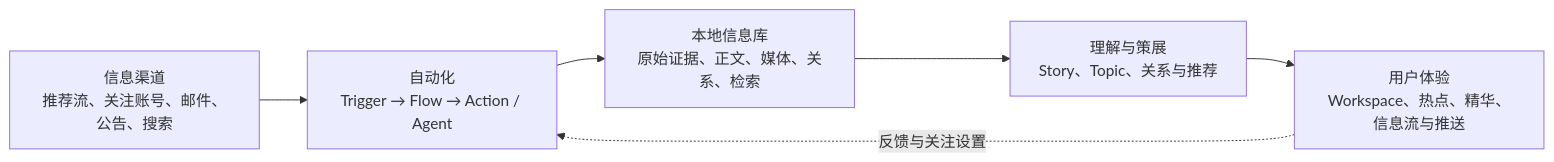
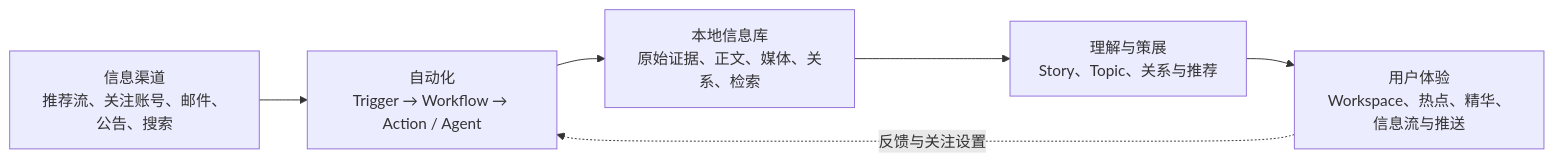
One commit to Otirik-handi/cosmos changed the diagram in README.md. Above: the diagram before and after it, drawn with Mermaid. The commit also changed other lines of this file and 12 other files, not shown here.

Commit message:
docs: complete workflow architecture contracts

````diff
--- a/README.md
+++ b/README.md
@@ -24,14 +24,14 @@
 ```mermaid
 flowchart LR
     Sources["信息渠道<br/>推荐流、关注账号、邮件、公告、搜索"]
-    Automation["自动化<br/>Trigger → Flow → Action / Agent"]
+    Automation["自动化<br/>Trigger → Workflow → Action / Agent"]
     Library["本地信息库<br/>原始证据、正文、媒体、关系、检索"]
     Understanding["理解与策展<br/>Story、Topic、关系与推荐"]
     Experience["用户体验<br/>Workspace、热点、精华、信息流与推送"]
 
     Sources --> Automation
     Automation --> Library
     Library --> Understanding
     Understanding --> Experience
     Experience -. "反馈与关注设置" .-> Automation
 ```
````
